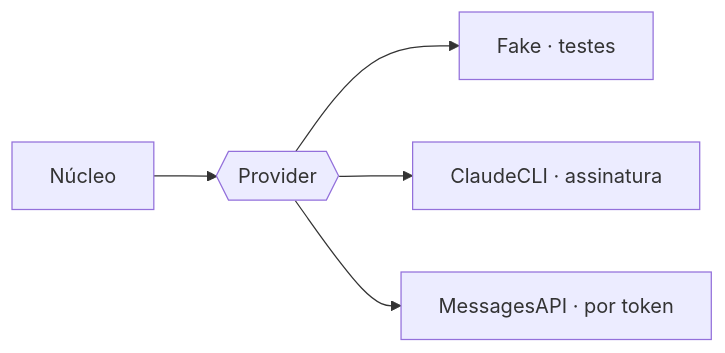
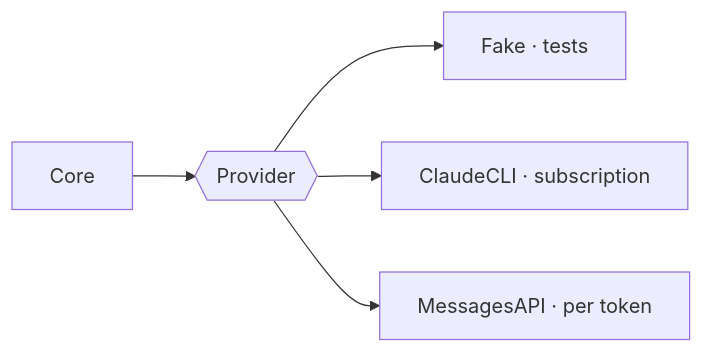
One commit to enzoconsulo/factory-tcc changed the diagram in docs/tasks/en/E3-the-agent-and-its-tools/FAB-305-provider-adapters-with-control-measured-first.md. Above: the diagram before and after it, drawn with Mermaid. The commit also changed 52 other files, not shown here.

````diff
--- a/docs/tasks/en/E3-the-agent-and-its-tools/FAB-305-provider-adapters-with-control-measured-first.md
+++ b/docs/tasks/en/E3-the-agent-and-its-tools/FAB-305-provider-adapters-with-control-measured-first.md
@@ -11,7 +11,7 @@
 ```mermaid
 flowchart LR
-  N["Núcleo"] --> I{{"Provider"}}
-  I --> F["Fake · testes"]
-  I --> C["ClaudeCLI · assinatura"]
-  I --> A["MessagesAPI · por token"]
+  N["Core"] --> I{{"Provider"}}
+  I --> F["Fake · tests"]
+  I --> C["ClaudeCLI · subscription"]
+  I --> A["MessagesAPI · per token"]
 ```
````
